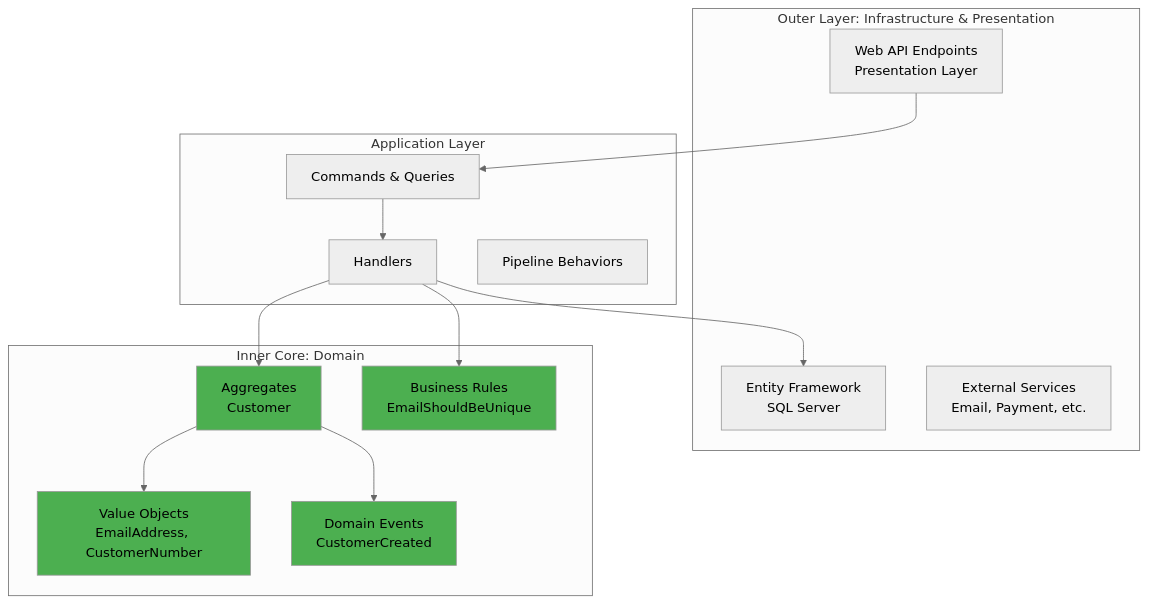
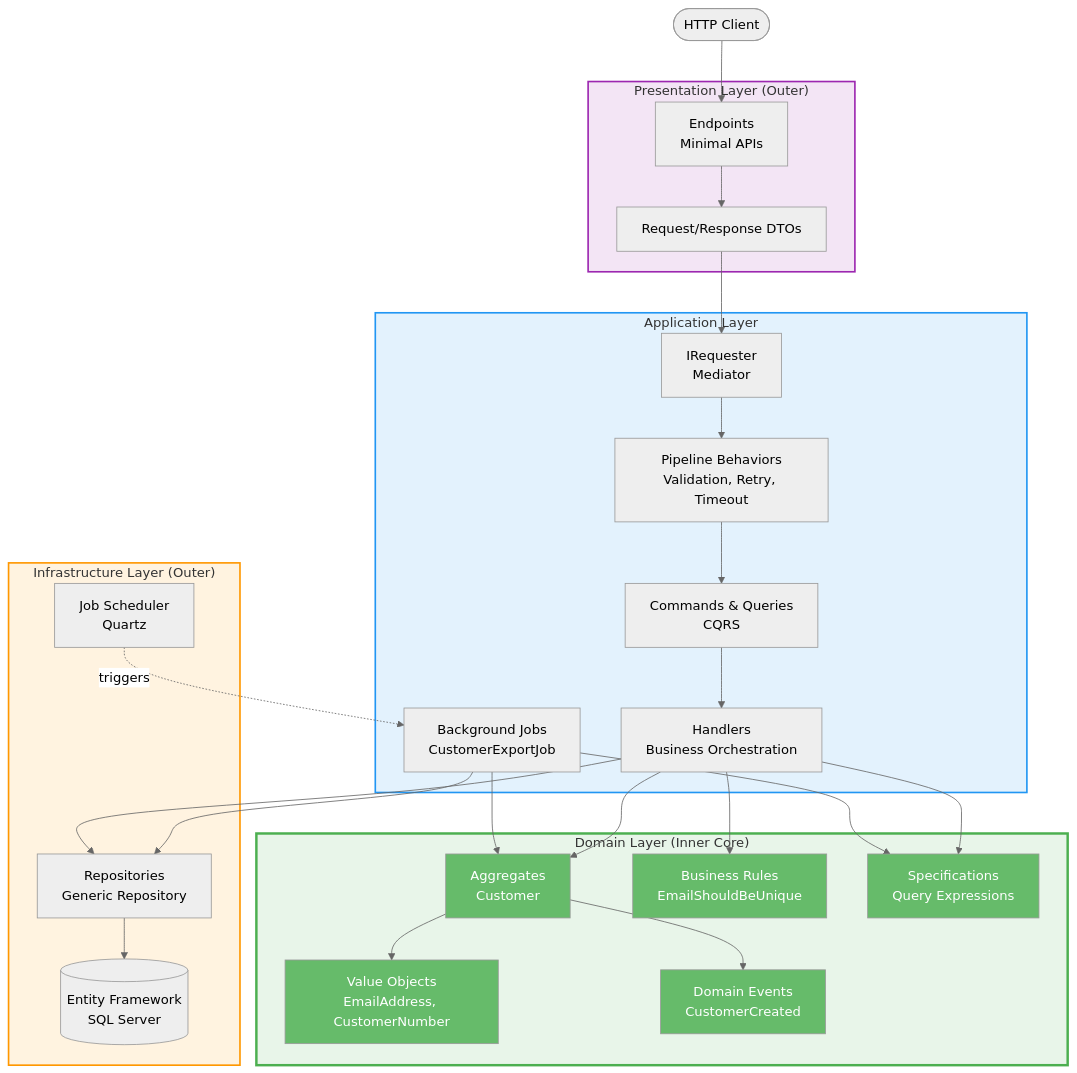
The first of 7 diagrams in README.md (BridgingIT-GmbH/bITdevKit.Examples.GettingStarted), drawn with Mermaid (neutral theme) before and after one commit. The commit also changed other lines of this file and 1 other file, not shown here.

Commit message:
docs(diagrams): add comprehensive system design diagrams for architecture and interactions

````diff
--- a/README.md
+++ b/README.md
@@ -140,34 +140,68 @@
 ```mermaid
 graph TB
-    subgraph "Outer Layer: Infrastructure & Presentation"
-        UI[Web API Endpoints<br/>Presentation Layer]
-        DB[Entity Framework<br/>SQL Server]
-        EXT[External Services<br/>Email, Payment, etc.]
+    Client([HTTP Client]) --> Endpoints
+
+    subgraph Presentation["Presentation Layer (Outer)"]
+        Endpoints[Endpoints<br/>Minimal APIs]
+        DTOs[Request/Response DTOs]
     end
 
-    subgraph "Application Layer"
-        CMD[Commands & Queries]
-        HAND[Handlers]
-        BEHAV[Pipeline Behaviors]
+    subgraph Application["Application Layer"]
+        Requester[IRequester<br/>Mediator]
+        CMD[Commands & Queries<br/>CQRS]
+        BEHAV[Pipeline Behaviors<br/>Validation, Retry, Timeout]
+        HAND[Handlers<br/>Business Orchestration]
+        Jobs[Background Jobs<br/>CustomerExportJob]
     end
 
-    subgraph "Inner Core: Domain"
+    subgraph Domain["Domain Layer (Inner Core)"]
         AGG[Aggregates<br/>Customer]
         VO[Value Objects<br/>EmailAddress, CustomerNumber]
         EVENTS[Domain Events<br/>CustomerCreated]
         RULES[Business Rules<br/>EmailShouldBeUnique]
+        SPECS[Specifications<br/>Query Expressions]
     end
 
-    UI --> CMD
+    subgraph Infrastructure["Infrastructure Layer (Outer)"]
+        Repos[Repositories<br/>Generic Repository]
+        DB[(Entity Framework<br/>SQL Server)]
+        Scheduler[Job Scheduler<br/>Quartz]
+    end
+
+    %% Request Flow
+    Endpoints --> DTOs
+    DTOs --> Requester
+    Requester --> BEHAV
+    BEHAV --> CMD
     CMD --> HAND
+
+    %% Handler to Domain
     HAND --> AGG
-    HAND --> DB
+    HAND --> RULES
+    HAND --> SPECS
+
+    %% Jobs to Domain & Infrastructure
+    Jobs --> AGG
+    Jobs --> Repos
+    Jobs --> SPECS
+
+    %% Domain Internal
     AGG --> VO
     AGG --> EVENTS
-    HAND --> RULES
 
-    style AGG fill:#4CAF50
-    style VO fill:#4CAF50
-    style EVENTS fill:#4CAF50
-    style RULES fill:#4CAF50
+    %% Persistence Flow
+    HAND --> Repos
+    Repos --> DB
+    Scheduler -.triggers.-> Jobs
+
+    %% Styling
+    style Domain fill:#E8F5E9,stroke:#4CAF50,stroke-width:3px
+    style AGG fill:#66BB6A,color:#fff
+    style VO fill:#66BB6A,color:#fff
+    style EVENTS fill:#66BB6A,color:#fff
+    style RULES fill:#66BB6A,color:#fff
+    style SPECS fill:#66BB6A,color:#fff
+    style Application fill:#E3F2FD,stroke:#2196F3,stroke-width:2px
+    style Presentation fill:#F3E5F5,stroke:#9C27B0,stroke-width:2px
+    style Infrastructure fill:#FFF3E0,stroke:#FF9800,stroke-width:2px
 ```
````
